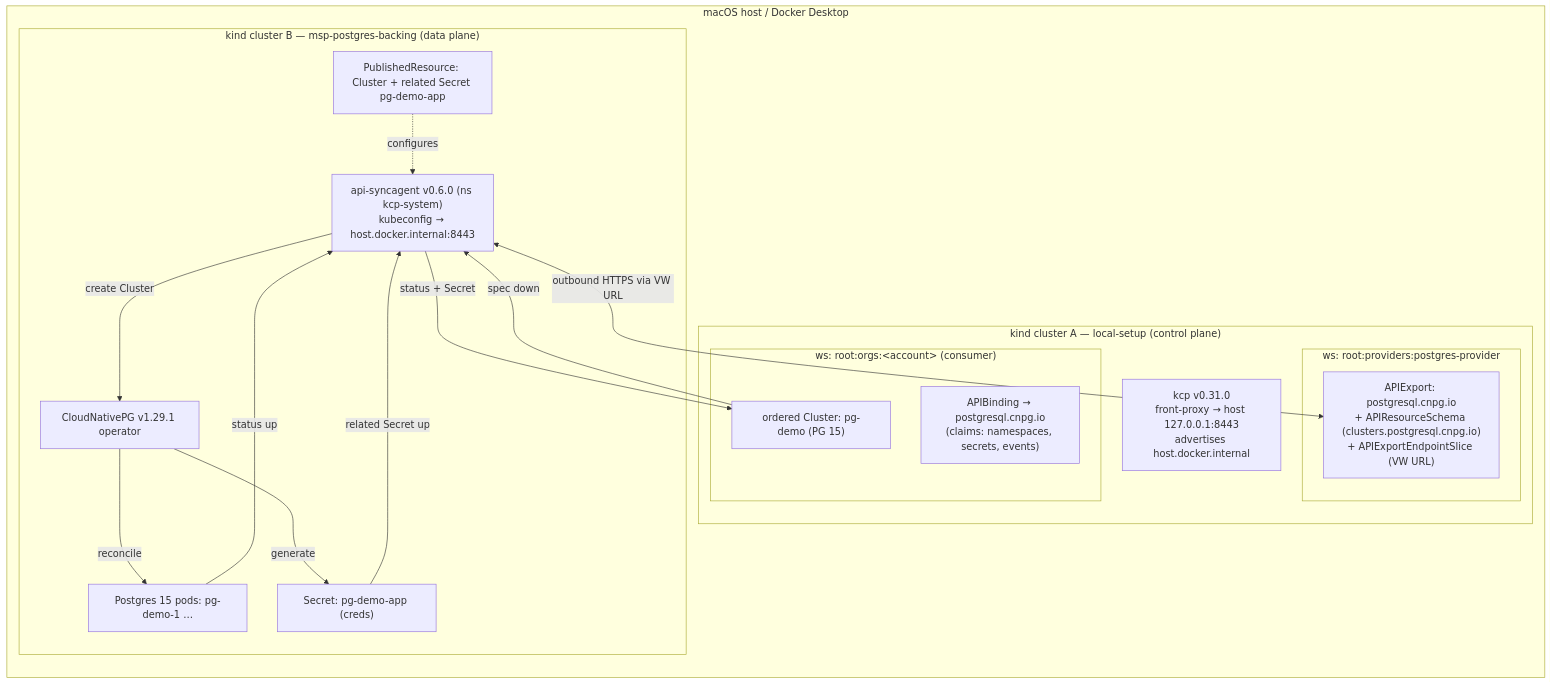
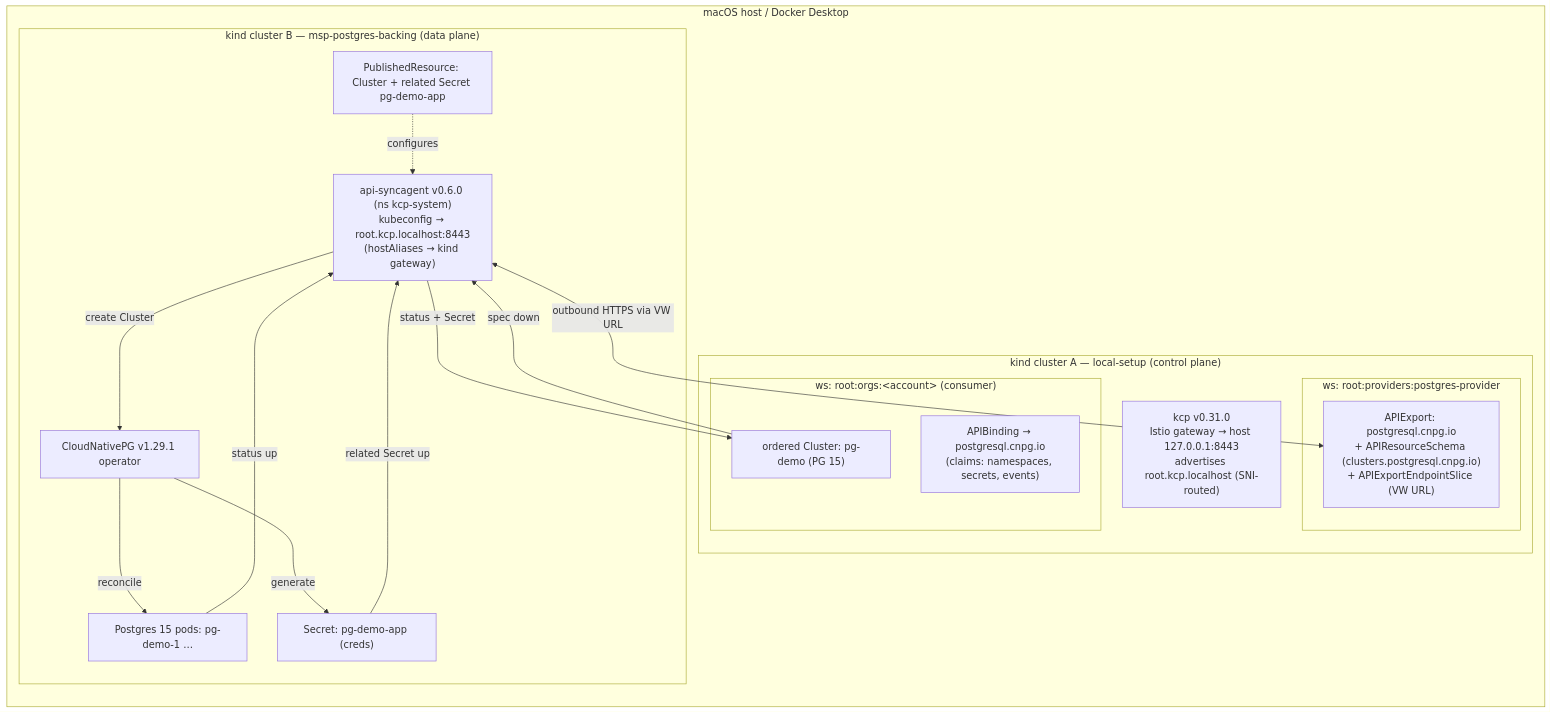
The diagram in msp-postgres-localsetup/docs/architecture.md (platform-mesh/contrib-examples), drawn with Mermaid before and after one commit. The commit also changed other lines of this file and 5 other files, not shown here.

First line of the commit message:
fix(msp-postgres-localsetup): connectivity via root.kcp.localhost (SNI) + required hostAliases

````diff
--- a/msp-postgres-localsetup/docs/architecture.md
+++ b/msp-postgres-localsetup/docs/architecture.md
@@ -18,31 +18,31 @@
 ```mermaid
 flowchart LR
   subgraph host["macOS host / Docker Desktop"]
     subgraph A["kind cluster A — local-setup (control plane)"]
-      kcp["kcp v0.31.0<br/>front-proxy → host 127.0.0.1:8443<br/>advertises host.docker.internal"]
+      kcp["kcp v0.31.0<br/>Istio gateway → host 127.0.0.1:8443<br/>advertises root.kcp.localhost (SNI-routed)"]
       subgraph prov["ws: root:providers:postgres-provider"]
         apiexport["APIExport: postgresql.cnpg.io<br/>+ APIResourceSchema (clusters.postgresql.cnpg.io)<br/>+ APIExportEndpointSlice (VW URL)"]
       end
       subgraph cons["ws: root:orgs:&lt;account&gt; (consumer)"]
         binding["APIBinding → postgresql.cnpg.io<br/>(claims: namespaces, secrets, events)"]
         order["ordered Cluster: pg-demo (PG 15)"]
       end
     end
     subgraph B["kind cluster B — msp-postgres-backing (data plane)"]
-      agent["api-syncagent v0.6.0 (ns kcp-system)<br/>kubeconfig → host.docker.internal:8443"]
+      agent["api-syncagent v0.6.0 (ns kcp-system)<br/>kubeconfig → root.kcp.localhost:8443<br/>(hostAliases → kind gateway)"]
       pr["PublishedResource: Cluster + related Secret pg-demo-app"]
       cnpg["CloudNativePG v1.29.1 operator"]
       pg["Postgres 15 pods: pg-demo-1 …"]
       appsecret["Secret: pg-demo-app (creds)"]
     end
   end
   order -->|spec down| agent
   agent <-->|"outbound HTTPS via VW URL"| apiexport
   pr -.configures.-> agent
   agent -->|create Cluster| cnpg
   cnpg -->|reconcile| pg
   cnpg -->|generate| appsecret
   pg -->|status up| agent
   appsecret -->|related Secret up| agent
   agent -->|status + Secret| order
 ```
````
